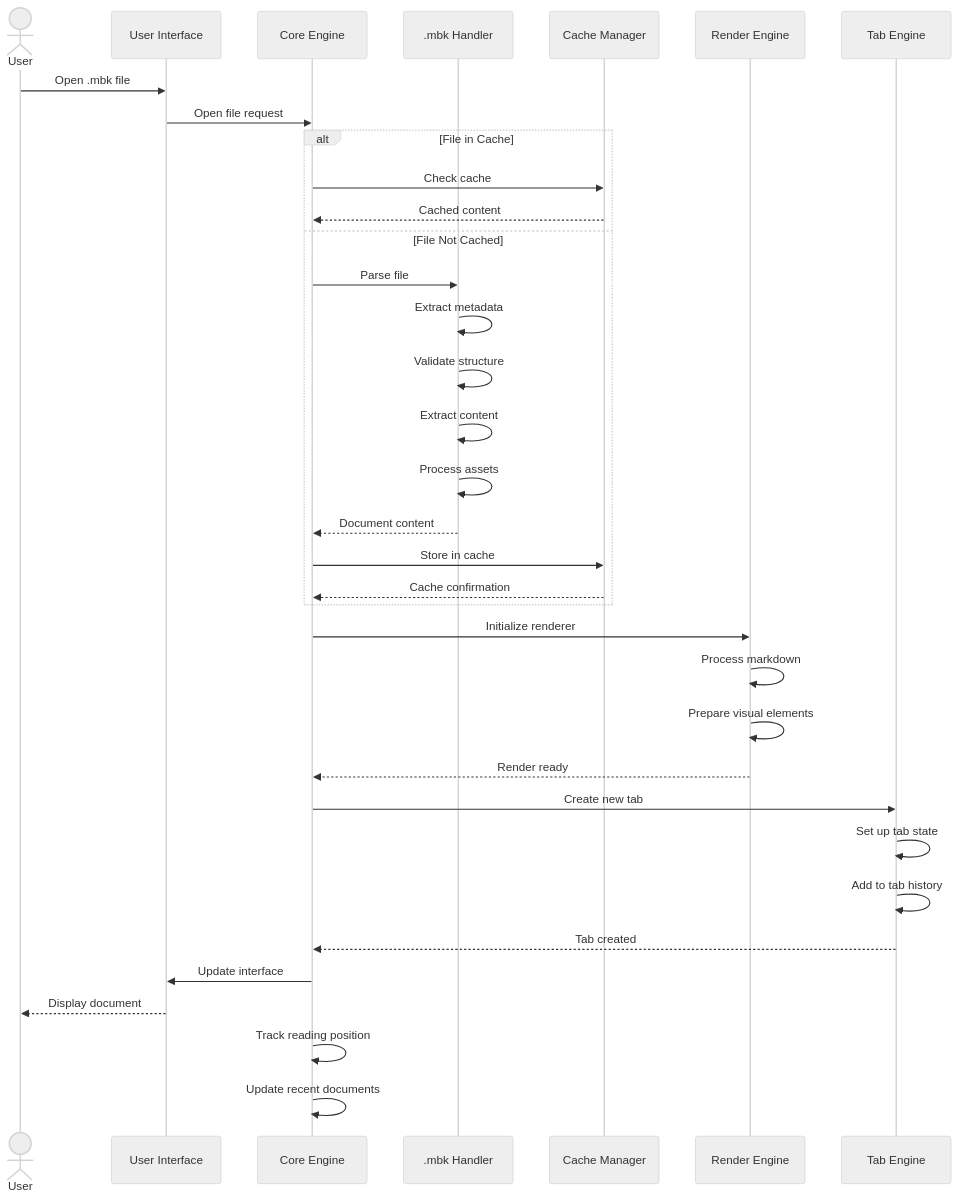
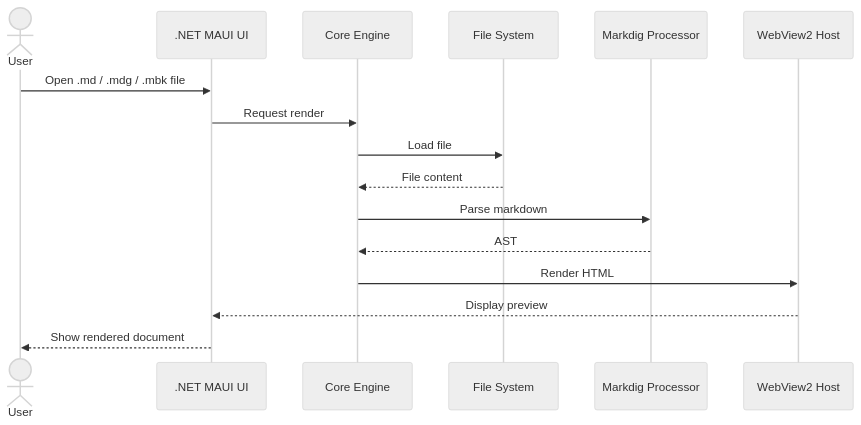
The first of 5 diagrams in MarkDocViewer/markdocviewer-process-flows.md (Cadtastic/MarkDocSuite), drawn with Mermaid (neutral theme) before and after one commit. The commit also changed other lines of this file and 26 other files, not shown here.

````diff
--- a/MarkDocViewer/markdocviewer-process-flows.md
+++ b/MarkDocViewer/markdocviewer-process-flows.md
@@ -7,43 +9,19 @@
 ```mermaid
 sequenceDiagram
     actor User
-    participant UI as User Interface
+    participant UI as .NET MAUI UI
     participant Core as Core Engine
-    participant MBK as .mbk Handler
-    participant Cache as Cache Manager
-    participant RE as Render Engine
-    participant TE as Tab Engine
-    
-    User->>UI: Open .mbk file
-    UI->>Core: Open file request
-    
-    alt File in Cache
-        Core->>Cache: Check cache
-        Cache-->>Core: Cached content
-    else File Not Cached
-        Core->>MBK: Parse file
-        MBK->>MBK: Extract metadata
-        MBK->>MBK: Validate structure
-        MBK->>MBK: Extract content
-        MBK->>MBK: Process assets
-        MBK-->>Core: Document content
-        Core->>Cache: Store in cache
-        Cache-->>Core: Cache confirmation
-    end
-    
-    Core->>RE: Initialize renderer
-    RE->>RE: Process markdown
-    RE->>RE: Prepare visual elements
-    RE-->>Core: Render ready
-    
-    Core->>TE: Create new tab
-    TE->>TE: Set up tab state
-    TE->>TE: Add to tab history
-    TE-->>Core: Tab created
-    
-    Core->>UI: Update interface
-    UI-->>User: Display document
-    
-    Core->>Core: Track reading position
-    Core->>Core: Update recent documents
+    participant FS as File System
+    participant MP as Markdig Processor
+    participant WebView as WebView2 Host
+
+    User->>UI: Open .md / .mdg / .mbk file
+    UI->>Core: Request render
+    Core->>FS: Load file
+    FS-->>Core: File content
+    Core->>MP: Parse markdown
+    MP-->>Core: AST
+    Core->>WebView: Render HTML
+    WebView-->>UI: Display preview
+    UI-->>User: Show rendered document
 ```
````
